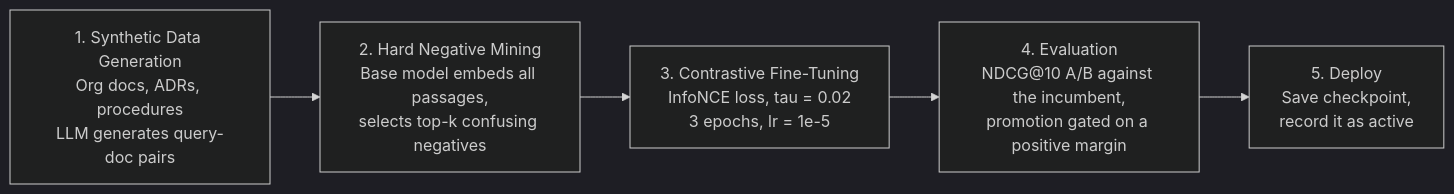
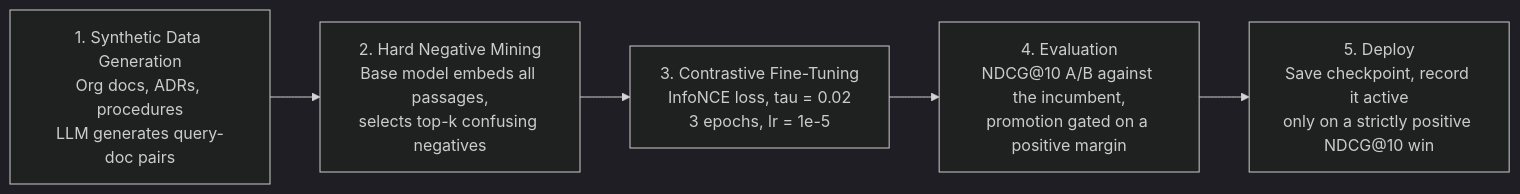
The diagram in docs/reference/embedding-evaluation.md (Aureliolo/synthorg), drawn with Mermaid (dark theme) before and after one commit. The commit also changed other lines of this file and 57 other files, not shown here.

````diff
--- a/docs/reference/embedding-evaluation.md
+++ b/docs/reference/embedding-evaluation.md
@@ -292,9 +201,9 @@
 ```mermaid
 graph LR
     S1["1. Synthetic Data Generation\nOrg docs, ADRs, procedures\nLLM generates query-doc pairs"]
     S2["2. Hard Negative Mining\nBase model embeds all passages,\nselects top-k confusing negatives"]
     S3["3. Contrastive Fine-Tuning\nInfoNCE loss, tau = 0.02\n3 epochs, lr = 1e-5"]
     S4["4. Evaluation\nNDCG@10 A/B against the incumbent,\npromotion gated on a positive margin"]
-    S5["5. Deploy\nSave checkpoint,\nrecord it as active"]
+    S5["5. Deploy\nSave checkpoint, record it active\nonly on a strictly positive NDCG@10 win"]
     S1 --> S2 --> S3 --> S4 --> S5
 ```
````
